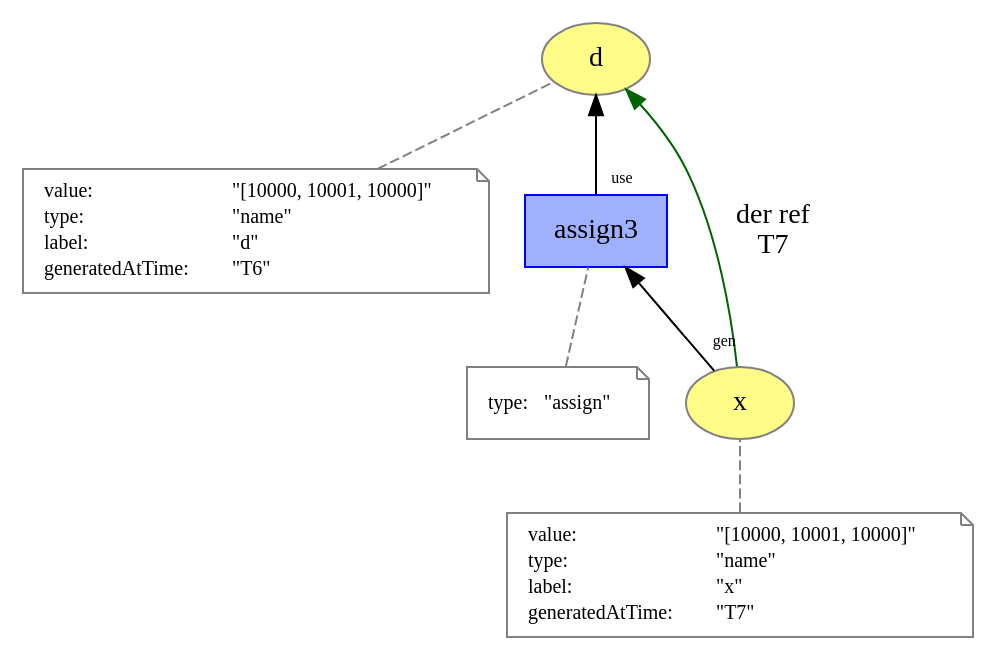
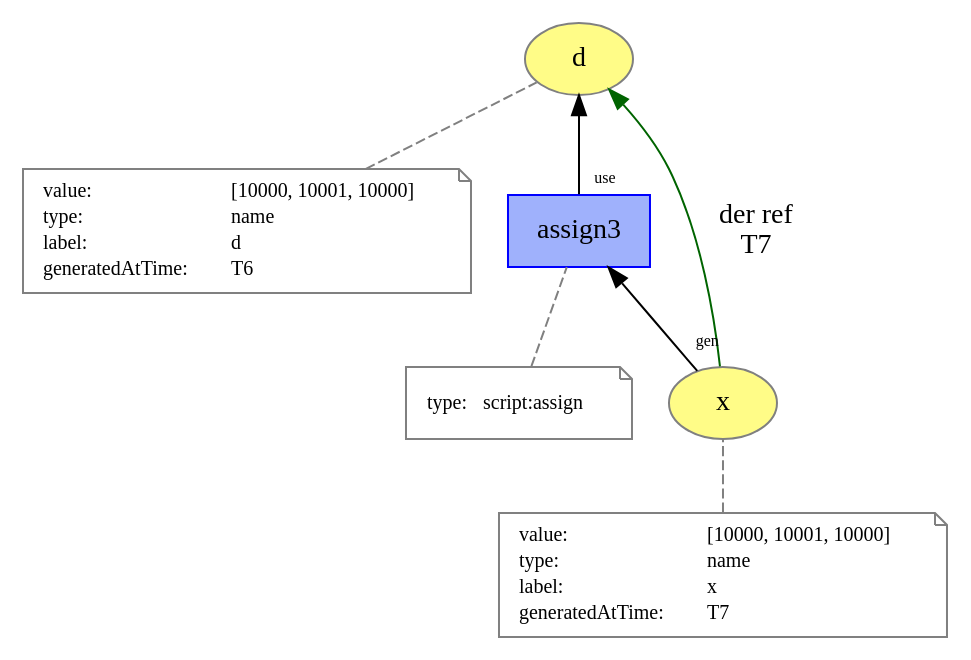
The diagram in images/versioned_prov/list_assign2.dot (dew-uff/versioned-prov), drawn with Graphviz before and after one commit. The commit also changed 61 other files, not shown here.

```diff
--- a/images/versioned_prov/list_assign2.dot
+++ b/images/versioned_prov/list_assign2.dot
@@ -1,54 +1,54 @@
 digraph "PROV" { size="16,12"; rankdir="BT";
 "http://example.org/d" [fillcolor="#FFFC87",color="#808080",style="filled",label="d",URL="http://example.org/d"]
 "-attrs0" [color="gray",shape="note",fontsize="10",fontcolor="black",label=<<TABLE cellpadding="0" border="0">
 	<TR>
 	    <TD align="left">value:</TD>
-	    <TD align="left">&quot;[10000, 10001, 10000]&quot;</TD>
+	    <TD align="left">[10000, 10001, 10000]</TD>
 	</TR>
 	<TR>
 	    <TD align="left">type:</TD>
-	    <TD align="left">&quot;name&quot;</TD>
+	    <TD align="left">name</TD>
 	</TR>
 	<TR>
 	    <TD align="left">label:</TD>
-	    <TD align="left">&quot;d&quot;</TD>
+	    <TD align="left">d</TD>
 	</TR>
 	<TR>
 	    <TD align="left">generatedAtTime:</TD>
-	    <TD align="left">&quot;T6&quot;</TD>
+	    <TD align="left">T6</TD>
 	</TR>
 </TABLE>>]
 "-attrs0" -> "http://example.org/d" [color="gray",style="dashed",arrowhead="none"]
 "http://example.org/x" [fillcolor="#FFFC87",color="#808080",style="filled",label="x",URL="http://example.org/x"]
 "-attrs1" [color="gray",shape="note",fontsize="10",fontcolor="black",label=<<TABLE cellpadding="0" border="0">
 	<TR>
 	    <TD align="left">value:</TD>
-	    <TD align="left">&quot;[10000, 10001, 10000]&quot;</TD>
+	    <TD align="left">[10000, 10001, 10000]</TD>
 	</TR>
 	<TR>
 	    <TD align="left">type:</TD>
-	    <TD align="left">&quot;name&quot;</TD>
+	    <TD align="left">name</TD>
 	</TR>
 	<TR>
 	    <TD align="left">label:</TD>
-	    <TD align="left">&quot;x&quot;</TD>
+	    <TD align="left">x</TD>
 	</TR>
 	<TR>
 	    <TD align="left">generatedAtTime:</TD>
-	    <TD align="left">&quot;T7&quot;</TD>
+	    <TD align="left">T7</TD>
 	</TR>
 </TABLE>>]
 "-attrs1" -> "http://example.org/x" [color="gray",style="dashed",arrowhead="none"]
 "http://example.org/assign3" [fillcolor="#9FB1FC",color="#0000FF",shape="polygon",sides="4",style="filled",label="assign3",URL="http://example.org/assign3"]
 "-attrs2" [color="gray",shape="note",fontsize="10",fontcolor="black",label=<<TABLE cellpadding="0" border="0">
 	<TR>
 	    <TD align="left">type:</TD>
-	    <TD align="left">&quot;assign&quot;</TD>
+	    <TD align="left">script:assign</TD>
 	</TR>
 </TABLE>>]
 "-attrs2" -> "http://example.org/assign3" [color="gray",style="dashed",arrowhead="none"]
 "http://example.org/assign3" -> "http://example.org/d" [labelfontsize="8",labeldistance="1.5",labelangle="60.0",rotation="20",taillabel="use"]
 "http://example.org/x" -> "http://example.org/assign3" [labelfontsize="8",labeldistance="1.5",labelangle="60.0",rotation="20",taillabel="gen"]
 "http://example.org/x" -> "http://example.org/d" [labelfontsize="8",labeldistance="1.5",color="darkgreen",labelangle="60.0",rotation="20",label="der ref
 T7"]
 }
```
